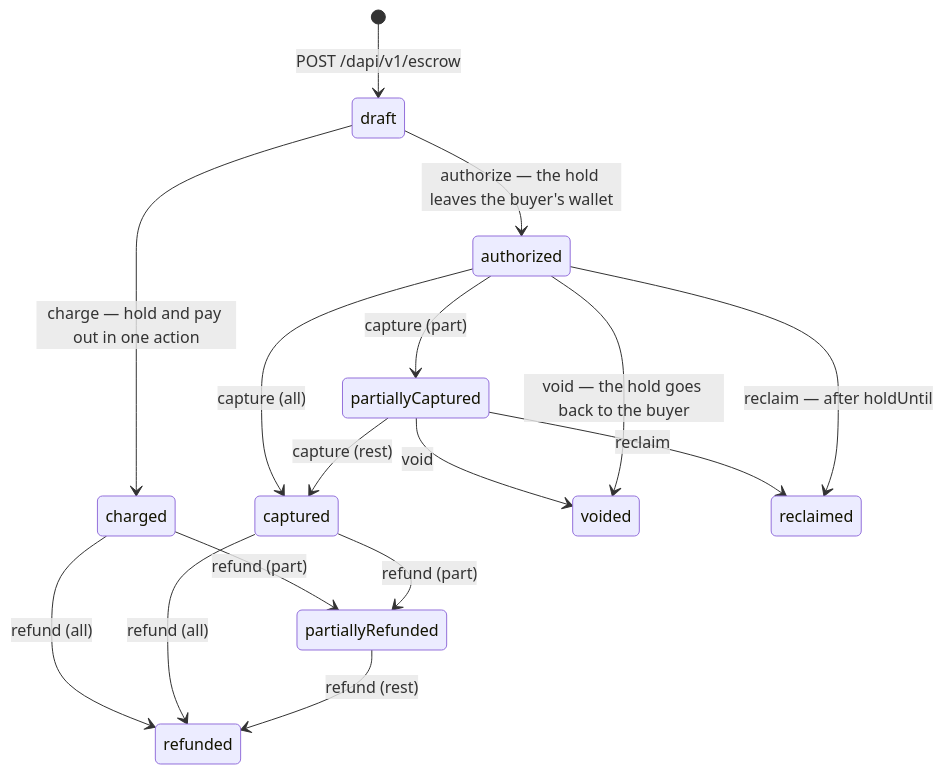
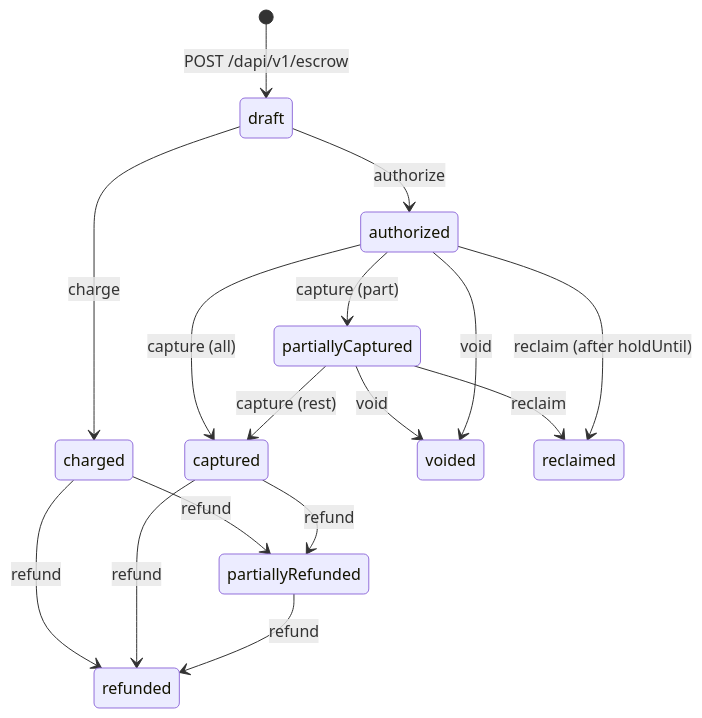
The diagram in whitelabel/escrow.mdx (hevn-inc/docs), drawn with Mermaid before and after one commit. The commit also changed other lines of this file and 55 other files, not shown here.

````diff
--- a/whitelabel/escrow.mdx
+++ b/whitelabel/escrow.mdx
@@ -10,18 +8,18 @@
 ```mermaid
 stateDiagram-v2
     [*] --> draft: POST /dapi/v1/escrow
-    draft --> authorized: authorize — the hold leaves the buyer's wallet
-    draft --> charged: charge — hold and pay out in one action
+    draft --> authorized: authorize
+    draft --> charged: charge
     authorized --> partiallyCaptured: capture (part)
     partiallyCaptured --> captured: capture (rest)
     authorized --> captured: capture (all)
-    authorized --> voided: void — the hold goes back to the buyer
+    authorized --> voided: void
     partiallyCaptured --> voided: void
-    authorized --> reclaimed: reclaim — after holdUntil
+    authorized --> reclaimed: reclaim (after holdUntil)
     partiallyCaptured --> reclaimed: reclaim
-    captured --> partiallyRefunded: refund (part)
-    charged --> partiallyRefunded: refund (part)
-    partiallyRefunded --> refunded: refund (rest)
-    captured --> refunded: refund (all)
-    charged --> refunded: refund (all)
+    captured --> partiallyRefunded: refund
+    charged --> partiallyRefunded: refund
+    partiallyRefunded --> refunded: refund
+    captured --> refunded: refund
+    charged --> refunded: refund
 ```
````
